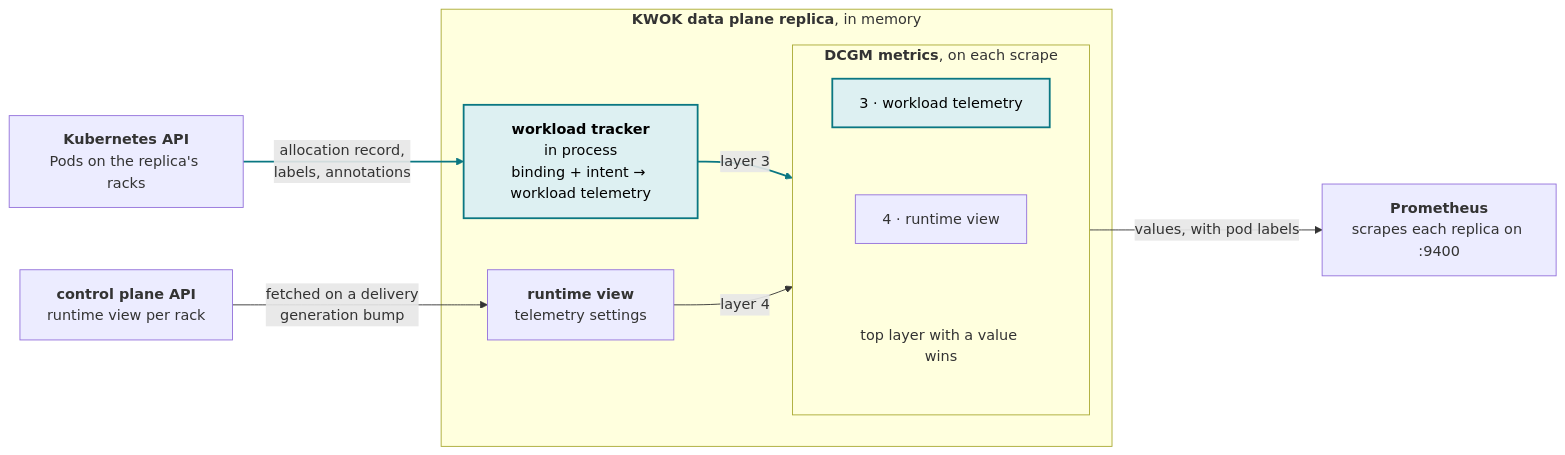
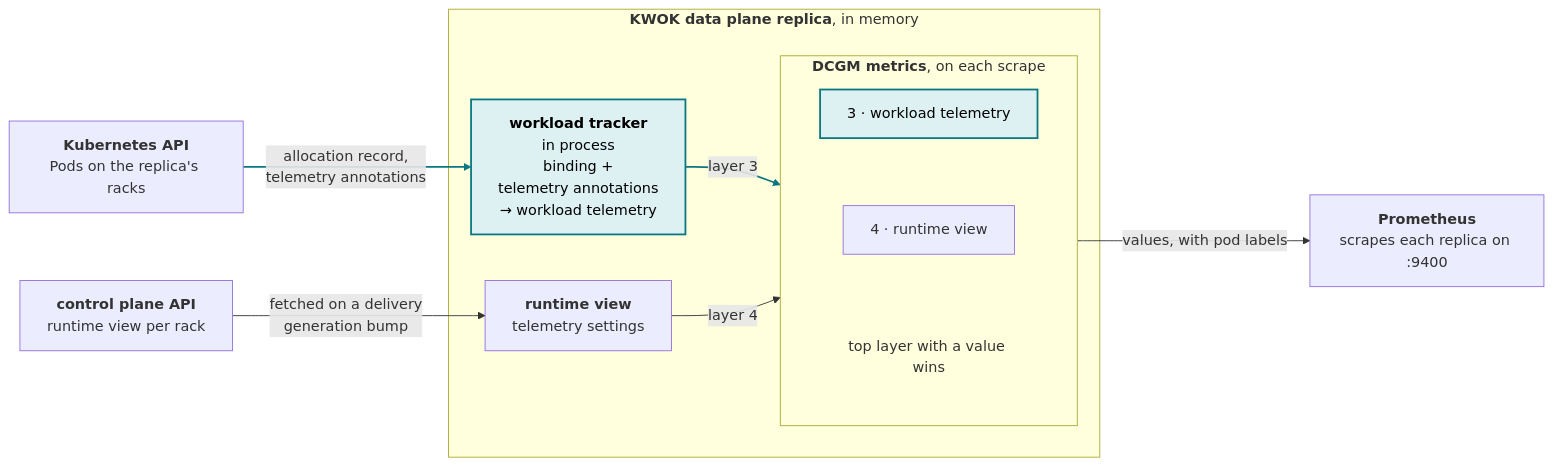
Before and after one commit to NVIDIA/k8s-test-infra: the eighth of 10 diagrams in enhancements/meps/0008-fgo-integration/README.md, drawn with Mermaid. The commit also changed other lines of this file, not shown here.

````diff
--- a/enhancements/meps/0008-fgo-integration/README.md
+++ b/enhancements/meps/0008-fgo-integration/README.md
@@ -1131,30 +1136,30 @@
 ```mermaid
 flowchart LR
     api["<b>Kubernetes API</b><br/>Pods on the replica's racks"]
     cp["<b>control plane API</b><br/>runtime view per rack"]
 
     subgraph dp["<b>KWOK data plane replica</b>, in memory"]
-        tracker["<b>workload tracker</b><br/>in process<br/>binding + intent → workload telemetry"]
+        tracker["<b>workload tracker</b><br/>in process<br/>binding +<br/>telemetry annotations<br/>→ workload telemetry"]
         view["<b>runtime view</b><br/>telemetry settings"]
         subgraph metrics["<b>DCGM metrics</b>, on each scrape"]
             direction TB
             l3["3 · workload telemetry"]
             l4["4 · runtime view"]
             rule["top layer with a value wins"]
             l3 ~~~ l4 ~~~ rule
         end
     end
 
     prom["<b>Prometheus</b><br/>scrapes each replica on :9400"]
 
-    api -->|"allocation record,<br/>labels, annotations"| tracker
+    api -->|"allocation record,<br/>telemetry annotations"| tracker
     cp -->|"fetched on a delivery<br/>generation bump"| view
     tracker -->|"layer 3"| metrics
     view -->|"layer 4"| metrics
     metrics -->|"values, with pod labels"| prom
 
     classDef new fill:#ddf0f2,stroke:#0a7782,stroke-width:2px,color:#000
     class tracker,l3 new
     style rule fill:none,stroke:none
     linkStyle 2,4 stroke:#0a7782,stroke-width:2px
 ```
````
